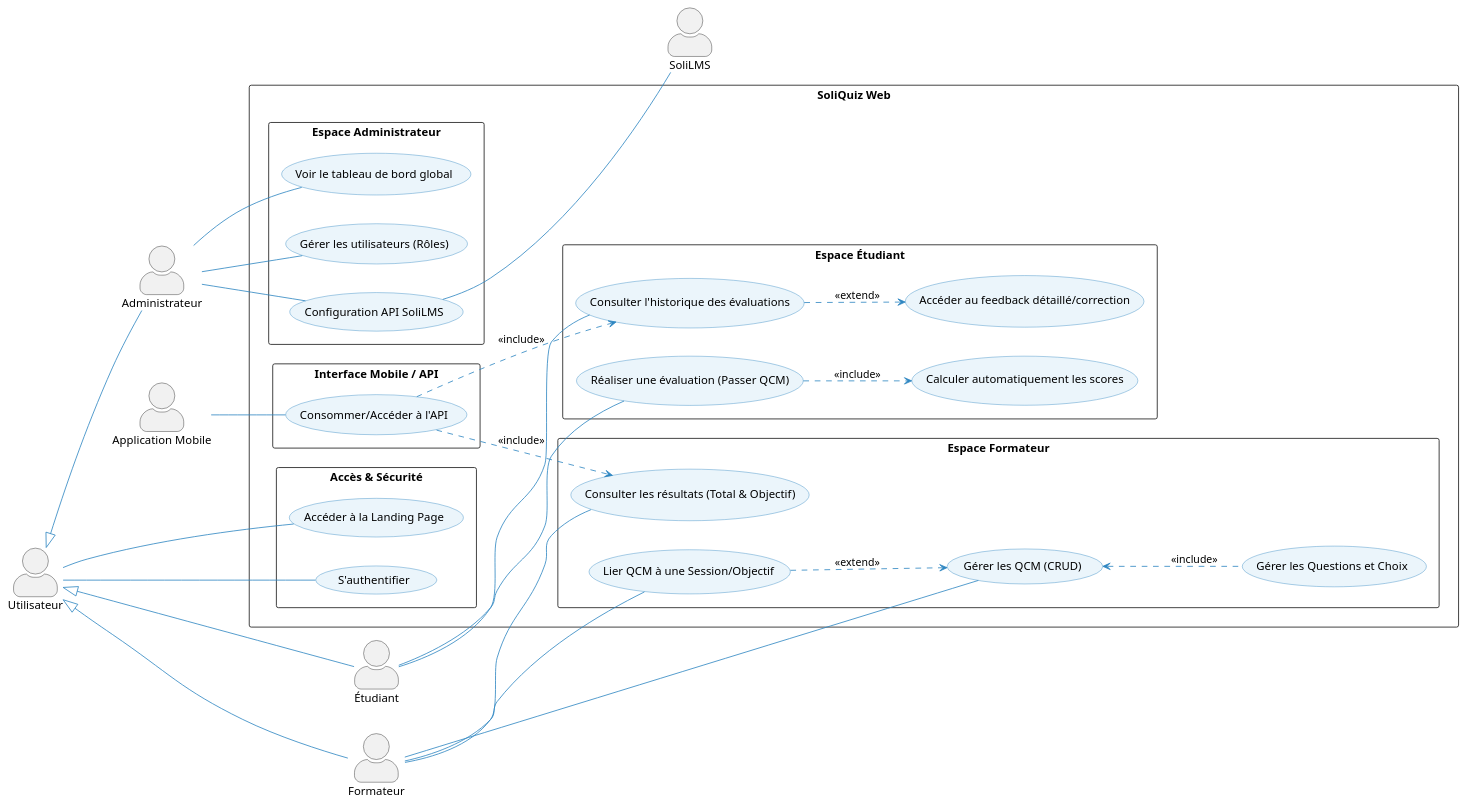
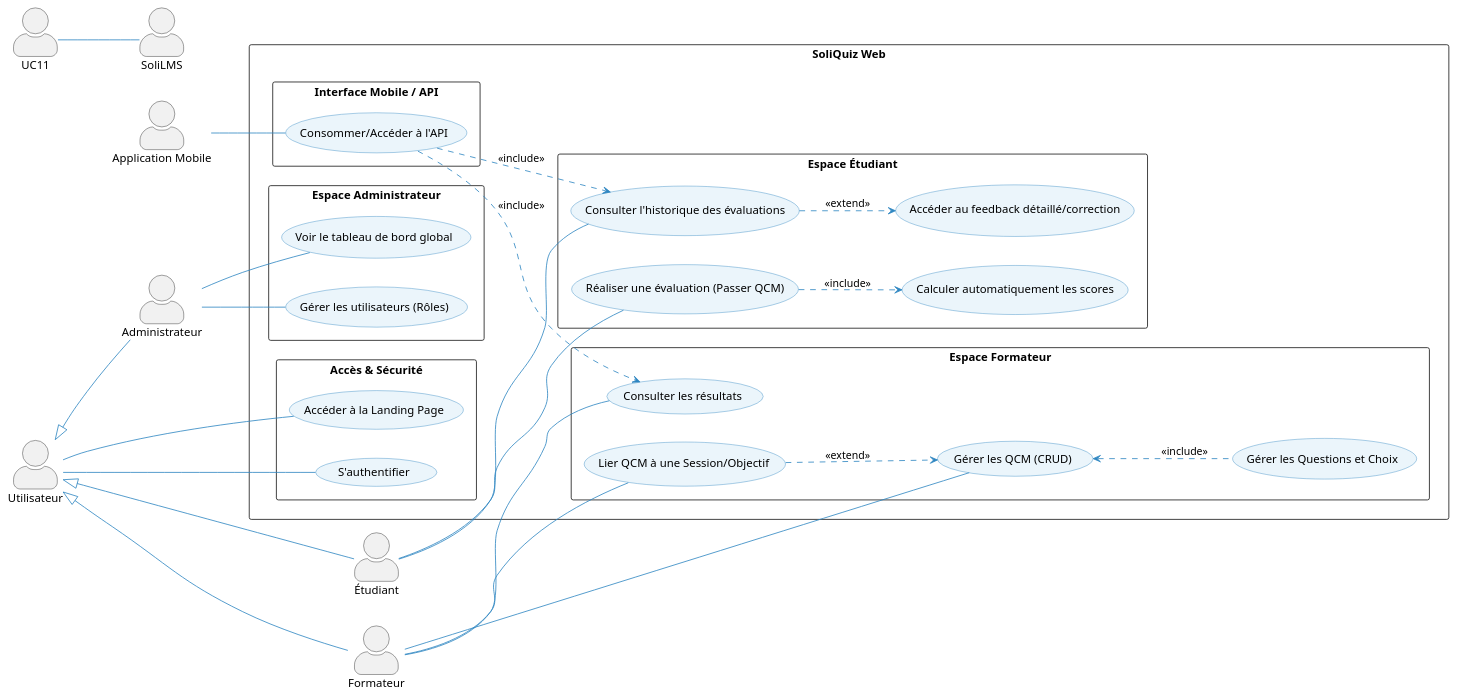
The diagram in Analyse/cas-utilisation/cas-utilisation-global-web.puml (BENYEKHLEF-Anouar/SoliQuiz), drawn with PlantUML before and after one commit. The commit also changed 37 other files, not shown here.

```diff
--- a/Analyse/cas-utilisation/cas-utilisation-global-web.puml
+++ b/Analyse/cas-utilisation/cas-utilisation-global-web.puml
@@ -1,92 +1,92 @@
 @startuml
 skinparam actorStyle awesome
 left to right direction
 skinparam packageStyle rectangle
 
 skinparam usecase {
     BackgroundColor #EBF5FB
     BorderColor #2E86C1
     ArrowColor #2E86C1
 }
 
 ' ==============================
 ' ACTORS HIERARCHY
 ' ==============================
 actor "Utilisateur" as U
 actor "Administrateur" as A
 actor "Formateur" as F
 actor "Étudiant" as E
 actor "Application Mobile" as M
 actor "SoliLMS" as LMS
 
 ' Inheritance: Admin, Trainer, and Student are all Users
 U <|-- A
 U <|-- F
 U <|-- E
 
 ' ==============================
 ' SYSTEM
 ' ==============================
 package "SoliQuiz Web" {
 
     package "Accès & Sécurité" {
         usecase "Accéder à la Landing Page" as UC_PUBLIC
         usecase "S'authentifier" as UC_LOGIN
         ' Link the base user to these
         U -- UC_PUBLIC
         U -- UC_LOGIN
     }
 
     package "Espace Administrateur" {
         usecase "Voir le tableau de bord global" as UC10
         usecase "Gérer les utilisateurs (Rôles)" as UC9
-        usecase "Configuration API SoliLMS" as UC11
+        ' usecase "Configuration API SoliLMS" as UC11
     }
 
     package "Espace Formateur" {
         usecase "Gérer les QCM (CRUD)" as UC1
         usecase "Gérer les Questions et Choix" as UC2
         usecase "Lier QCM à une Session/Objectif" as UC3
-        usecase "Consulter les résultats (Total & Objectif)" as UC5
+        usecase "Consulter les résultats" as UC5
 
         UC1 <.. UC2 : <<include>>
         UC3 ..> UC1 : <<extend>>
     }
 
     package "Espace Étudiant" {
         usecase "Réaliser une évaluation (Passer QCM)" as UC4
         usecase "Calculer automatiquement les scores" as UC6
         usecase "Consulter l'historique des évaluations" as UC7
         usecase "Accéder au feedback détaillé/correction" as UC8
 
         UC4 ..> UC6 : <<include>>
         UC7 ..> UC8 : <<extend>>
     }
 
     package "Interface Mobile / API" {
         usecase "Consommer/Accéder à l'API" as UC_API
     }
 }
 
 ' ==============================
 ' PRIMARY ASSOCIATIONS
 ' ==============================
 A -- UC9
 A -- UC10
-A -- UC11
+' A -- UC11
 UC11 -- LMS
 
 F -- UC1
 F -- UC3
 F -- UC5
 
 E -- UC4
 E -- UC7
 
 M -- UC_API
 
 ' API Logic (Reduced crossing lines by targeting packages)
 UC_API ..> UC5 : <<include>>
 UC_API ..> UC7 : <<include>>
 
 @enduml
```
